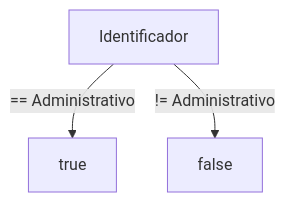
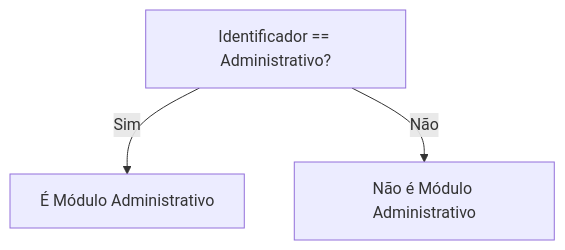
Before and after one commit to IsthmusSistemas/documentacao-tecnica: the second of 3 diagrams in docs/b2b-dominio/IsthmusWinthor.Nucleo/IsthmusWinthor.Dominio/Entidades/ModuloIsthmus.md, drawn with Mermaid. The commit also changed other lines of this file and 882 other files, not shown here.

````diff
--- a/docs/b2b-dominio/IsthmusWinthor.Nucleo/IsthmusWinthor.Dominio/Entidades/ModuloIsthmus.md
+++ b/docs/b2b-dominio/IsthmusWinthor.Nucleo/IsthmusWinthor.Dominio/Entidades/ModuloIsthmus.md
@@ -31,5 +29,5 @@
-```mermaid
-flowchart TD
-    A[Identificador] -->|== Administrativo| B[true]
-    A -->|!= Administrativo| C[false]
-```
+  ```mermaid
+  flowchart TD
+      A[Identificador == Administrativo?] -->|Sim| B[É Módulo Administrativo]
+      A -->|Não| C[Não é Módulo Administrativo]
+  ```
````
